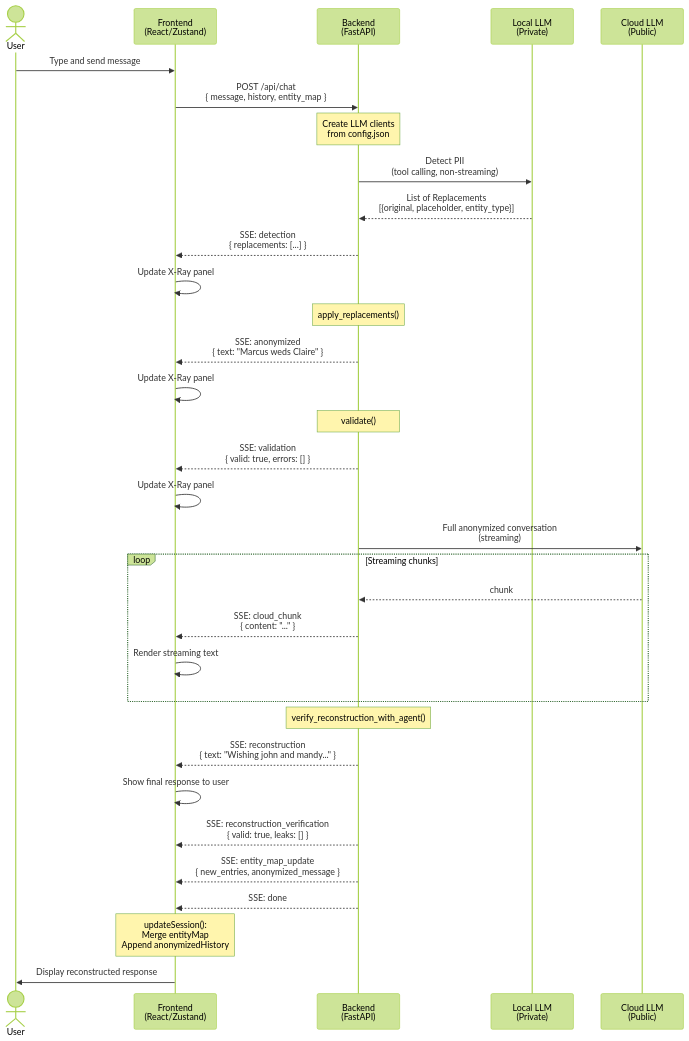
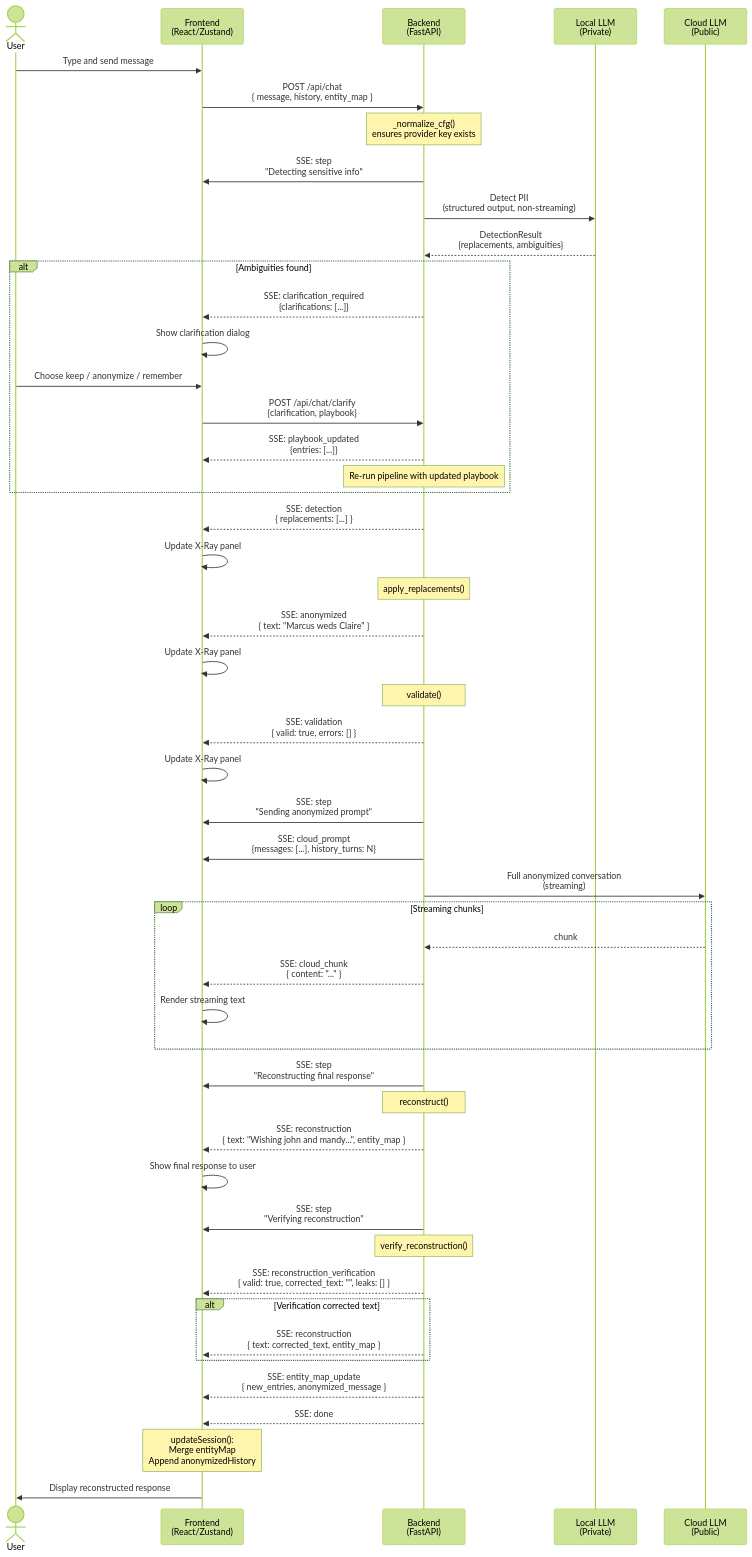
The fourth of 6 diagrams in diagrams.md (itzrnvr/CloakChat), drawn with Mermaid (forest theme) before and after one commit. The commit also changed other lines of this file and 12 other files, not shown here.

First line of the commit message:
fix: provider routing, verification skip, and accurate diagrams

````diff
--- a/diagrams.md
+++ b/diagrams.md
@@ -175,48 +191,72 @@
 ```mermaid
 sequenceDiagram
     actor User
     participant FE as Frontend<br/>(React/Zustand)
     participant BE as Backend<br/>(FastAPI)
     participant Local as Local LLM<br/>(Private)
     participant Cloud as Cloud LLM<br/>(Public)
 
     User->>FE: Type and send message
     FE->>BE: POST /api/chat<br/>{ message, history, entity_map }
 
-    Note over BE: Create LLM clients<br/>from config.json
+    Note over BE: _normalize_cfg()<br/>ensures provider key exists
 
-    BE->>Local: Detect PII<br/>(tool calling, non-streaming)
-    Local-->>BE: List of Replacements<br/>[{original, placeholder, entity_type}]
+    BE->>FE: SSE: step<br/>"Detecting sensitive info"
+
+    BE->>Local: Detect PII<br/>(structured output, non-streaming)
+    Local-->>BE: DetectionResult<br/>{replacements, ambiguities}
+
+    alt Ambiguities found
+        BE-->>FE: SSE: clarification_required<br/>{clarifications: [...]}
+        FE->>FE: Show clarification dialog
+        User->>FE: Choose keep / anonymize / remember
+        FE->>BE: POST /api/chat/clarify<br/>{clarification, playbook}
+        BE-->>FE: SSE: playbook_updated<br/>{entries: [...]}
+        Note over BE: Re-run pipeline with updated playbook
+    end
 
     BE-->>FE: SSE: detection<br/>{ replacements: [...] }
     FE->>FE: Update X-Ray panel
 
     Note over BE: apply_replacements()
     BE-->>FE: SSE: anonymized<br/>{ text: "Marcus weds Claire" }
     FE->>FE: Update X-Ray panel
 
     Note over BE: validate()
     BE-->>FE: SSE: validation<br/>{ valid: true, errors: [] }
     FE->>FE: Update X-Ray panel
 
+    BE->>FE: SSE: step<br/>"Sending anonymized prompt"
+
+    BE->>FE: SSE: cloud_prompt<br/>{messages: [...], history_turns: N}
+
     BE->>Cloud: Full anonymized conversation<br/>(streaming)
 
     loop Streaming chunks
         Cloud-->>BE: chunk
         BE-->>FE: SSE: cloud_chunk<br/>{ content: "..." }
         FE->>FE: Render streaming text
     end
 
-    Note over BE: verify_reconstruction_with_agent()
-    BE-->>FE: SSE: reconstruction<br/>{ text: "Wishing john and mandy..." }
+    BE->>FE: SSE: step<br/>"Reconstructing final response"
+
+    Note over BE: reconstruct()
+    BE-->>FE: SSE: reconstruction<br/>{ text: "Wishing john and mandy...", entity_map }
     FE->>FE: Show final response to user
 
-    BE-->>FE: SSE: reconstruction_verification<br/>{ valid: true, leaks: [] }
+    BE->>FE: SSE: step<br/>"Verifying reconstruction"
+
+    Note over BE: verify_reconstruction()
+    BE-->>FE: SSE: reconstruction_verification<br/>{ valid: true, corrected_text: "", leaks: [] }
+
+    alt Verification corrected text
+        BE-->>FE: SSE: reconstruction<br/>{ text: corrected_text, entity_map }
+    end
 
     BE-->>FE: SSE: entity_map_update<br/>{ new_entries, anonymized_message }
 
     BE-->>FE: SSE: done
 
     Note over FE: updateSession():<br/>Merge entityMap<br/>Append anonymizedHistory
     FE->>User: Display reconstructed response
 ```
````
